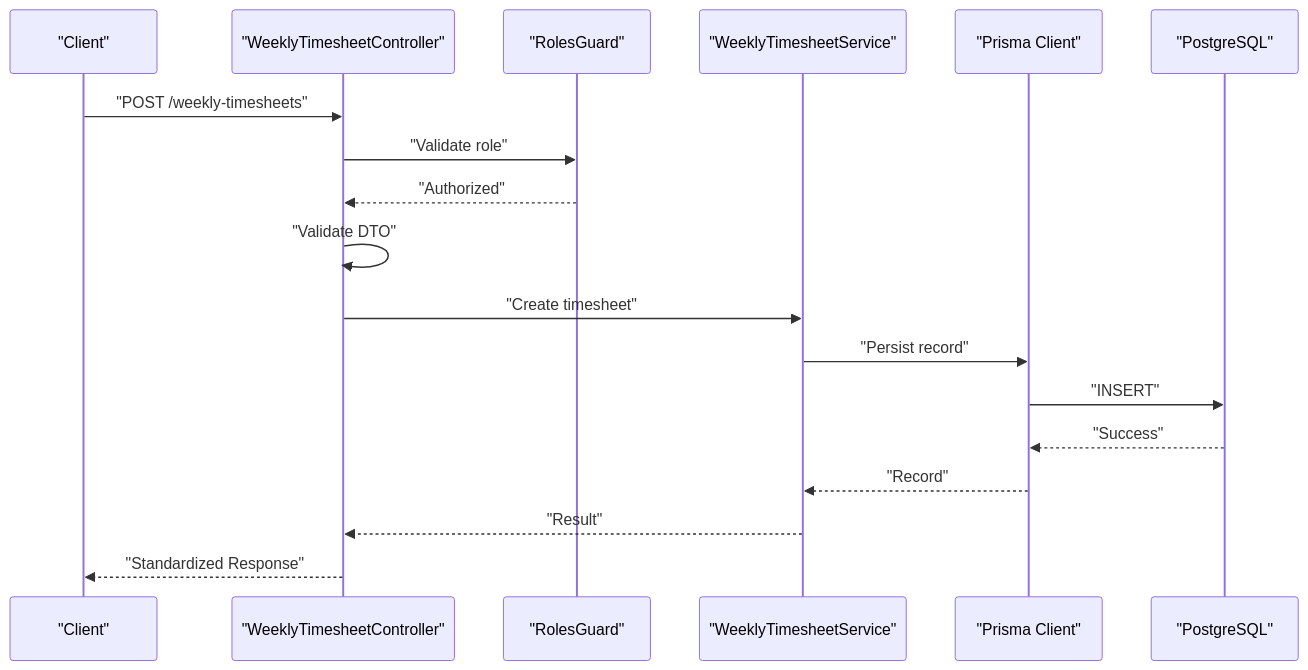
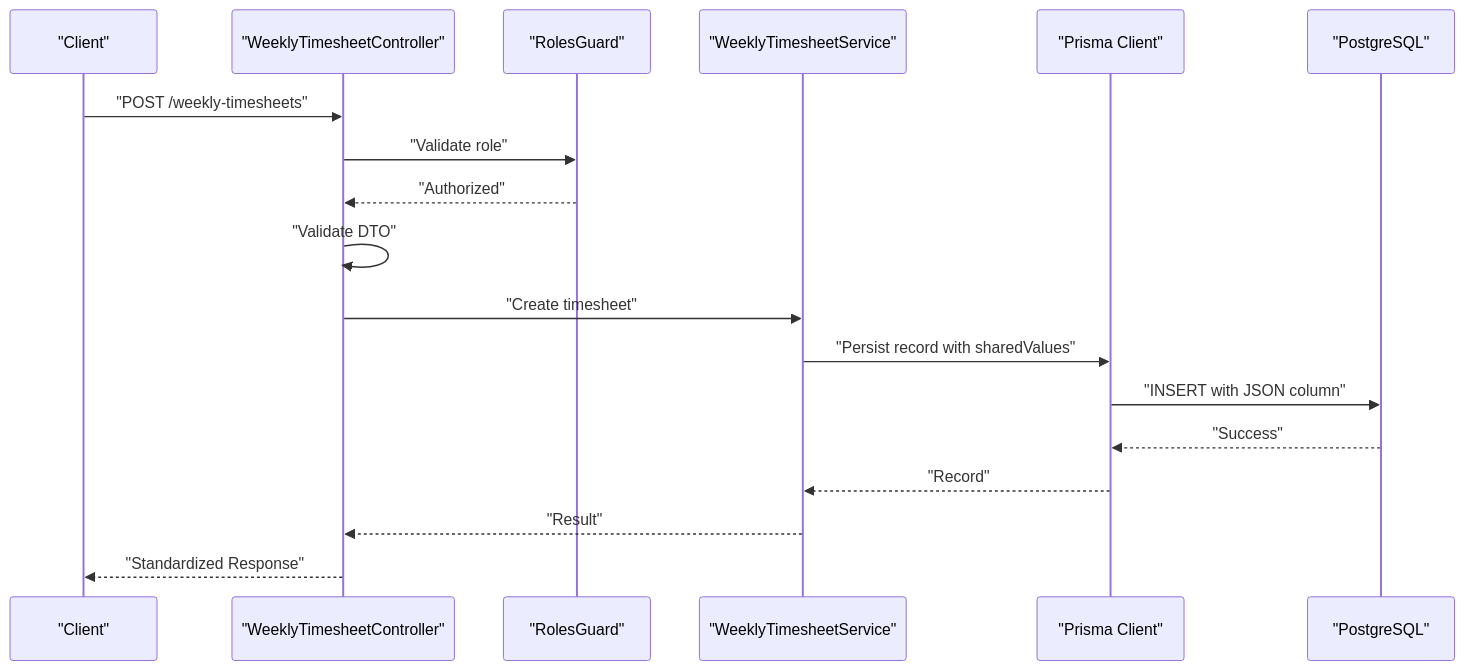
The second of 7 diagrams in .qoder/repowiki/en/content/Arquitetura Backend/Módulos do Sistema/Timesheet Semanal - Módulo Backend.md (RobertRuas/windlog), drawn with Mermaid before and after one commit. The commit also changed other lines of this file and 100 other files, not shown here.

````diff
--- a/.qoder/repowiki/en/content/Arquitetura Backend/Módulos do Sistema/Timesheet Semanal - Módulo Backend.md
+++ b/.qoder/repowiki/en/content/Arquitetura Backend/Módulos do Sistema/Timesheet Semanal - Módulo Backend.md
@@ -113,20 +129,20 @@
 ```mermaid
 sequenceDiagram
 participant Client as "Client"
 participant Controller as "WeeklyTimesheetController"
 participant Guard as "RolesGuard"
 participant Service as "WeeklyTimesheetService"
 participant Prisma as "Prisma Client"
 participant DB as "PostgreSQL"
 Client->>Controller : "POST /weekly-timesheets"
 Controller->>Guard : "Validate role"
 Guard-->>Controller : "Authorized"
 Controller->>Controller : "Validate DTO"
 Controller->>Service : "Create timesheet"
-Service->>Prisma : "Persist record"
-Prisma->>DB : "INSERT"
+Service->>Prisma : "Persist record with sharedValues"
+Prisma->>DB : "INSERT with JSON column"
 DB-->>Prisma : "Success"
 Prisma-->>Service : "Record"
 Service-->>Controller : "Result"
 Controller-->>Client : "Standardized Response"
 ```
````
